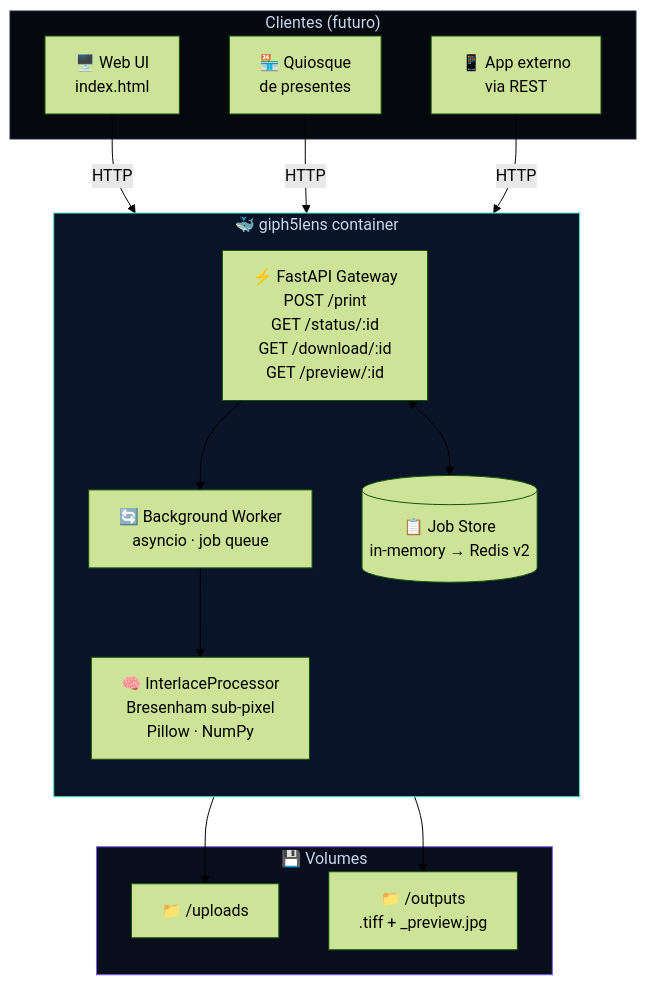
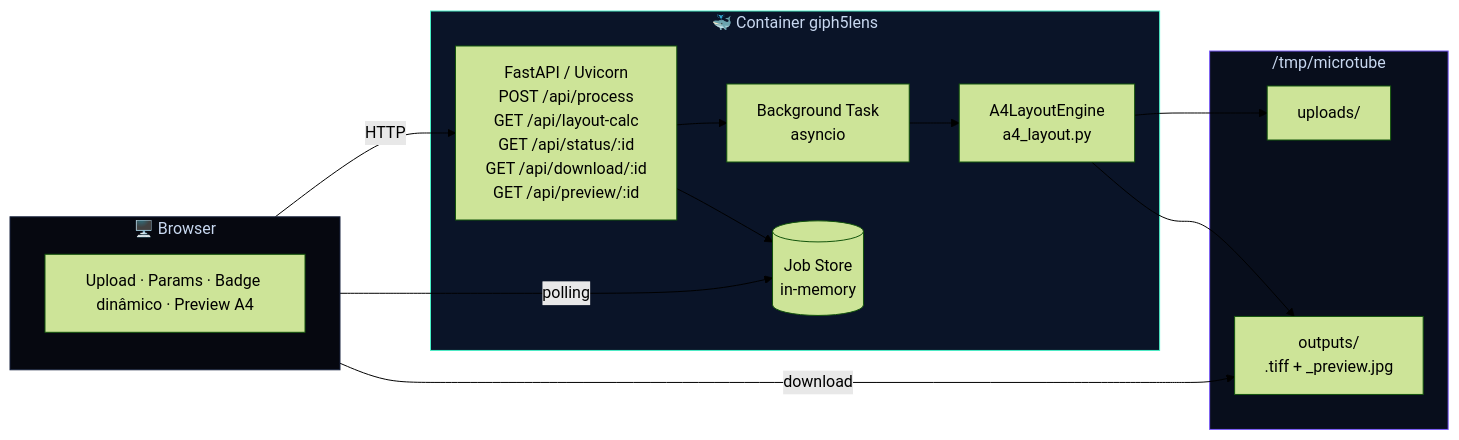
Before and after one commit to pizzirano/giph5lens: the third of 5 diagrams in README.md, drawn with Mermaid (forest theme). The commit also changed other lines of this file, not shown here.

Commit message:
docs(readme): add project background, architecture and roadmap

````diff
--- a/README.md
+++ b/README.md
@@ -88,31 +167,28 @@
 ```mermaid
-graph TB
-    subgraph Clientes ["Clientes (futuro)"]
-        WEB["🖥️ Web UI\nindex.html"]
-        KIOSK["🏪 Quiosque\nde presentes"]
-        EXT["📱 App externo\nvia REST"]
+graph LR
+    subgraph UI["🖥️ Browser"]
+        F["Upload · Params · Badge dinâmico · Preview A4"]
     end
 
-    subgraph Docker ["🐳 giph5lens container"]
-        direction TB
-        GW["⚡ FastAPI Gateway\nPOST /print\nGET /status/:id\nGET /download/:id\nGET /preview/:id"]
-        BG["🔄 Background Worker\nasyncio · job queue"]
-        PROC["🧠 InterlaceProcessor\nBresenham sub-pixel\nPillow · NumPy"]
-        STORE[("📋 Job Store\nin-memory → Redis v2")]
+    subgraph Docker["🐳 Container giph5lens"]
+        GW["FastAPI / Uvicorn\nPOST /api/process\nGET /api/layout-calc\nGET /api/status/:id\nGET /api/download/:id\nGET /api/preview/:id"]
+        BG["Background Task\nasyncio"]
+        ENG["A4LayoutEngine\na4_layout.py"]
+        JOBS[("Job Store\nin-memory")]
     end
 
-    subgraph FS ["💾 Volumes"]
-        UP["📁 /uploads"]
-        OUT["📁 /outputs\n.tiff + _preview.jpg"]
+    subgraph FS["/tmp/microtube"]
+        UP["uploads/"]
+        OUT["outputs/\n.tiff + _preview.jpg"]
     end
 
-    WEB & KIOSK & EXT -->|HTTP| GW
-    GW --> BG
-    GW <--> STORE
-    BG --> PROC
-    PROC --> UP & OUT
+    UI -->|HTTP| GW
+    GW --> BG & JOBS
+    BG --> ENG --> UP & OUT
+    UI -->|polling| JOBS
+    UI -->|download| OUT
 
-    style Clientes fill:#060810,stroke:#1a2540,color:#c8d8f0
+    style UI fill:#060810,stroke:#1a2540,color:#c8d8f0
     style Docker fill:#0a1428,stroke:#4af0c8,color:#c8d8f0
     style FS fill:#080e1c,stroke:#7b5cfa,color:#c8d8f0
 ```
````
